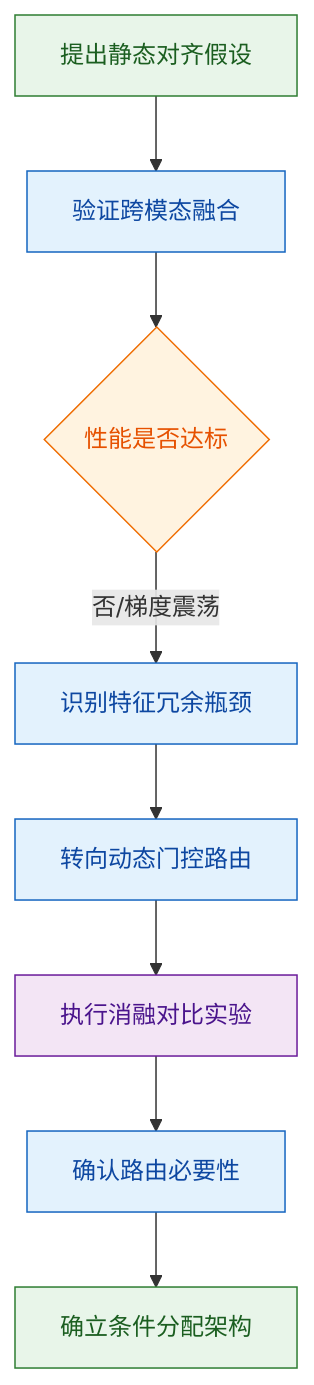
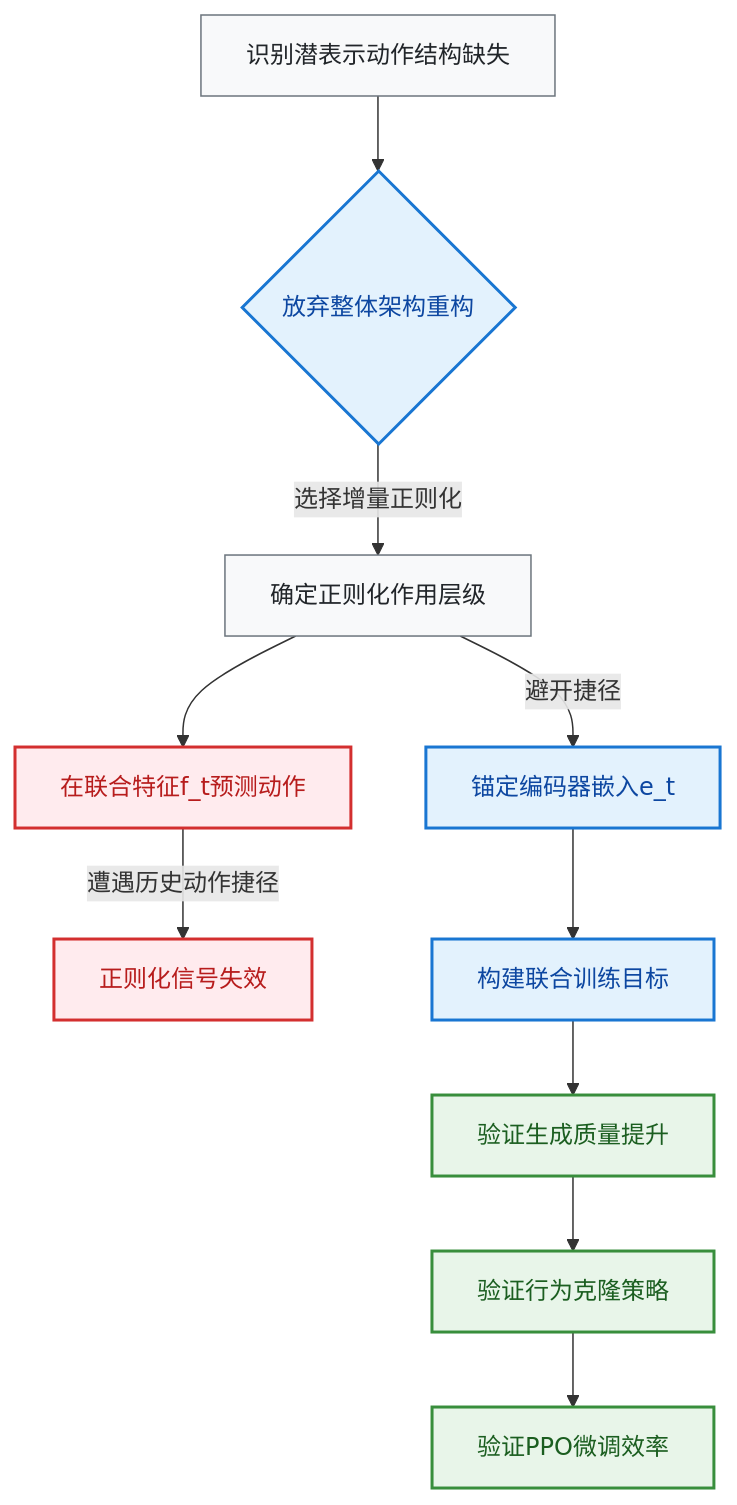
One commit to ShinewineW/paper-rolling changed the seventh of 10 diagrams in person_vault/2026-06-08_EnhancingPolicyLearningWithWorldActionModel_2603.28955/report.md. Above: the diagram before and after it, drawn with Mermaid. The commit also changed other lines of this file and 51 other files, not shown here.

````diff
--- a/person_vault/2026-06-08_EnhancingPolicyLearningWithWorldActionModel_2603.28955/report.md
+++ b/person_vault/2026-06-08_EnhancingPolicyLearningWithWorldActionModel_2603.28955/report.md
@@ -335,15 +482,17 @@
 ```mermaid
-flowchart TB
-    classDef start fill:#e8f5e9,color:#1b5e20,stroke:#2e7d32
-    classDef process fill:#e3f2fd,color:#0d47a1,stroke:#1565c0
-    classDef decision fill:#fff3e0,color:#e65100,stroke:#ef6c00
-    classDef data fill:#f3e5f5,color:#4a148c,stroke:#6a1b9a
+flowchart TD
+  classDef phase fill:#f8f9fa,stroke:#6c757d,stroke-width:1px,color:#212529;
+  classDef decision fill:#e3f2fd,stroke:#1976d2,stroke-width:2px,color:#0d47a1;
+  classDef deadend fill:#ffebee,stroke:#d32f2f,stroke-width:2px,color:#b71c1c;
+  classDef result fill:#e8f5e9,stroke:#388e3c,stroke-width:2px,color:#1b5e20;
 
-    init_query["提出静态对齐假设"]:::start --> test_baseline["验证跨模态融合"]:::process
-    test_baseline --> check_perf{性能是否达标}:::decision
-    check_perf -- 否/梯度震荡 --> dead_end["识别特征冗余瓶颈"]:::process
-    dead_end --> pivot_design["转向动态门控路由"]:::process
-    pivot_design --> run_ablation["执行消融对比实验"]:::data
-    run_ablation --> confirm_mechanism["确认路由必要性"]:::process
-    confirm_mechanism --> final_arch["确立条件分配架构"]:::start
+  q1["识别潜表示动作结构缺失"]:::phase --> d1{放弃整体架构重构}:::decision
+  d1 -->|选择增量正则化| q2["确定正则化作用层级"]:::phase
+  q2 --> dead1["在联合特征f_t预测动作"]:::deadend
+  dead1 -->|遭遇历史动作捷径| fail["正则化信号失效"]:::deadend
+  q2 -->|避开捷径| d2["锚定编码器嵌入e_t"]:::decision
+  d2 --> pivot["构建联合训练目标"]:::decision
+  pivot --> e1["验证生成质量提升"]:::result
+  e1 --> e2["验证行为克隆策略"]:::result
+  e2 --> e3["验证PPO微调效率"]:::result
 ```
````
